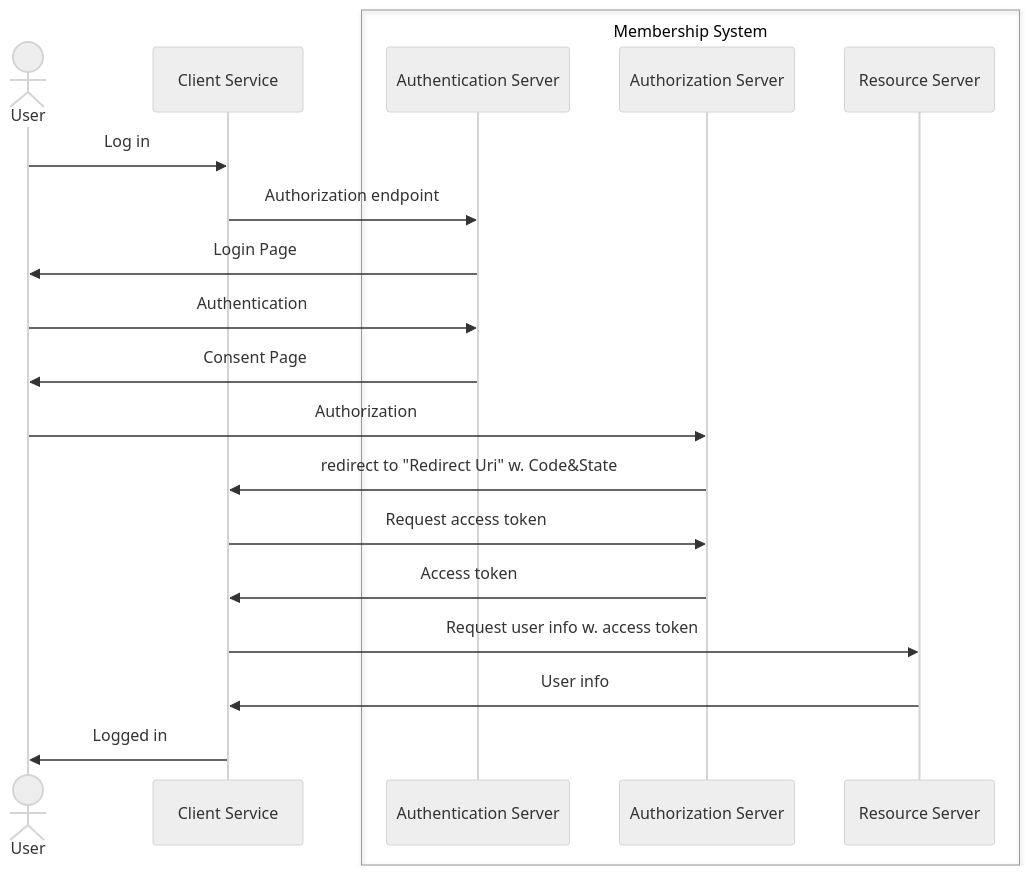
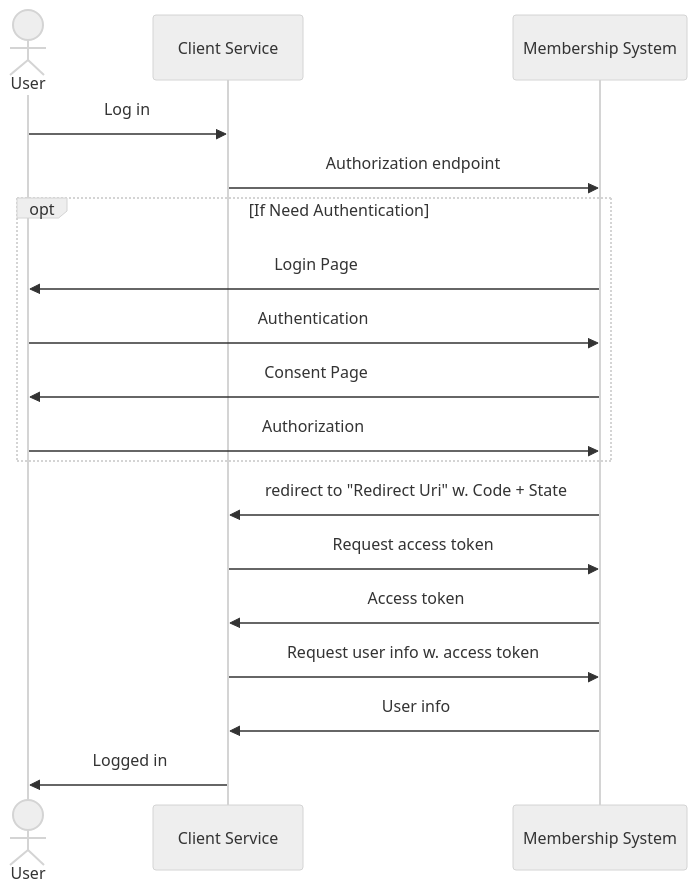
Before and after one commit to TJChiang/membership-system: the diagram in README.md, drawn with Mermaid (neutral theme). The commit also changed 1 other file, not shown here.

Commit message:
architecture & sequence diagram for this system

````diff
--- a/README.md
+++ b/README.md
@@ -11,24 +11,21 @@
 ```mermaid
 sequenceDiagram
-    Actor User
-    participant CS as Client Service
+Actor User
+participant CS as Client Service
+participant MS as Membership System
 
-    box Membership System
-    participant AenS as Authentication Server
-    participant AorS as Authorization Server
-    participant RS as Resource Server
-    end
-
-    User ->> CS: Log in
-    CS ->> AenS: Authorization endpoint
-    AenS ->> User: Login Page
-    User ->> AenS: Authentication
-    AenS ->> User: Consent Page
-    User ->> AorS: Authorization
-    AorS ->> CS: redirect to "Redirect Uri" w. Code&State
-    CS ->> AorS: Request access token
-    AorS ->> CS: Access token
-    CS ->> RS: Request user info w. access token
-    RS ->> CS: User info
-    CS ->> User: Logged in
+User ->> CS: Log in
+CS ->> MS: Authorization endpoint
+opt If Need Authentication
+    MS ->> User: Login Page
+    User ->> MS: Authentication
+    MS ->> User: Consent Page
+    User ->> MS: Authorization
+end
+MS ->> CS: redirect to "Redirect Uri" w. Code + State
+CS ->> MS: Request access token
+MS ->> CS: Access token
+CS ->> MS: Request user info w. access token
+MS ->> CS: User info
+CS ->> User: Logged in
 ```
````
